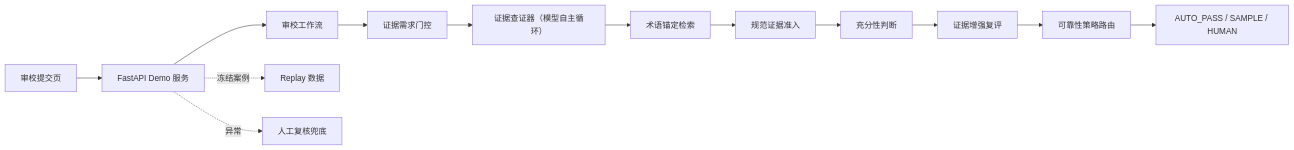
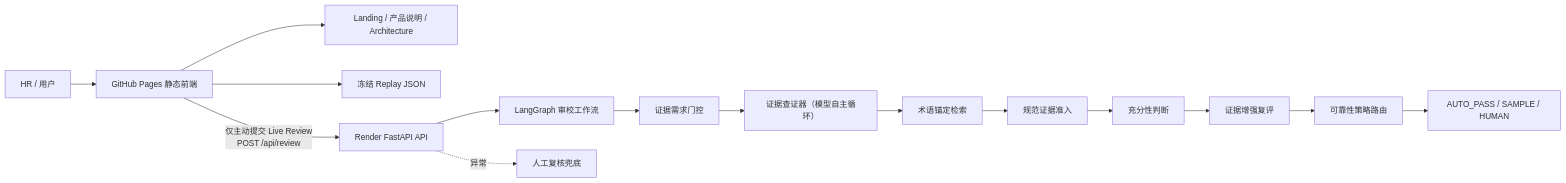
One commit to curious-leila/llm-translation-review-decision-agent changed the second of 2 diagrams in README.md. Above: the diagram before and after it, drawn with Mermaid. The commit also changed other lines of this file and 6 other files, not shown here.

Commit message:
deploy static demo on GitHub Pages

````diff
--- a/README.md
+++ b/README.md
@@ -162,15 +162,17 @@
 ```mermaid
 flowchart LR
-    U["审校提交页"] --> API["FastAPI Demo 服务"]
-    API --> W["审校工作流"]
+    HR["HR / 用户"] --> UI["GitHub Pages 静态前端"]
+    UI --> STATIC["Landing / 产品说明 / Architecture"]
+    UI --> REP["冻结 Replay JSON"]
+    UI -- "仅主动提交 Live Review<br/>POST /api/review" --> API["Render FastAPI API"]
+    API --> W["LangGraph 审校工作流"]
     W --> GATE["证据需求门控"]
     GATE --> SEARCHER["证据查证器（模型自主循环）"]
     SEARCHER --> RET["术语锚定检索"]
     RET --> ADM["规范证据准入"]
     ADM --> SUF["充分性判断"]
     SUF --> N2A["证据增强复评"]
     N2A --> POL["可靠性策略路由"]
     POL --> OUT["AUTO_PASS / SAMPLE / HUMAN"]
-    API -. "冻结案例" .-> REP["Replay 数据"]
     API -. "异常" .-> HUMAN["人工复核兜底"]
 ```
````
